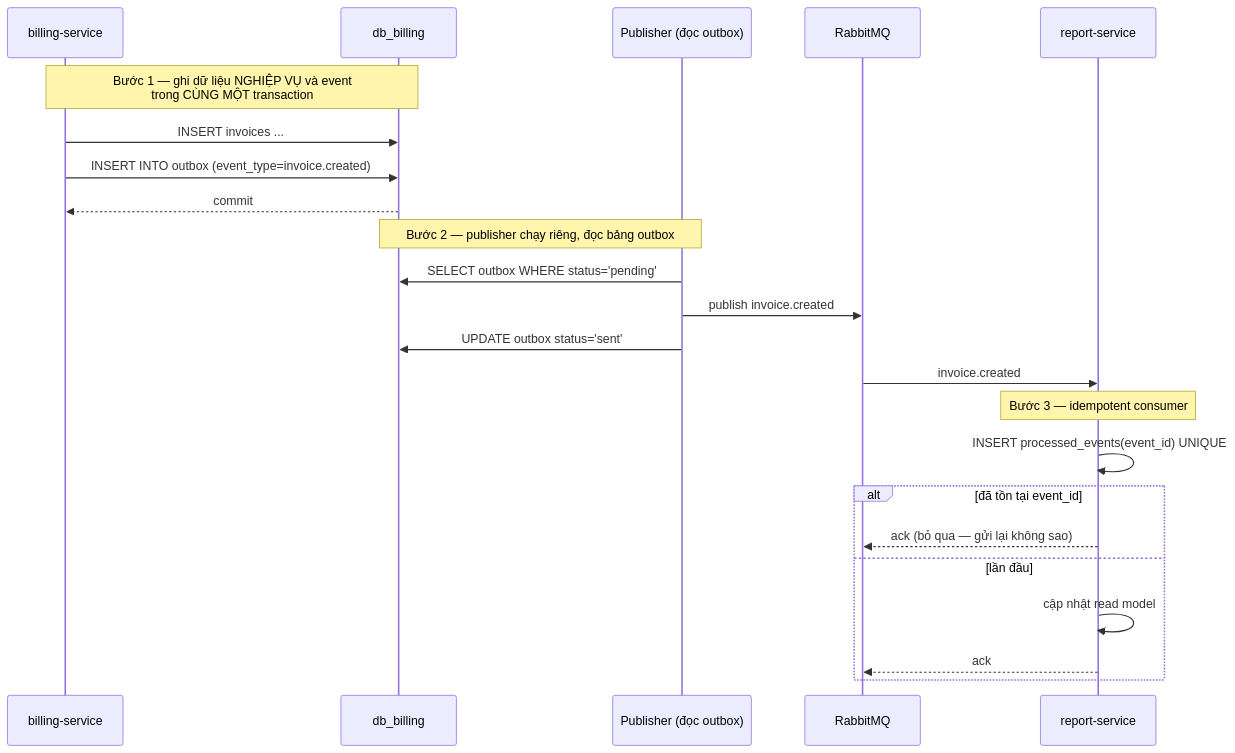
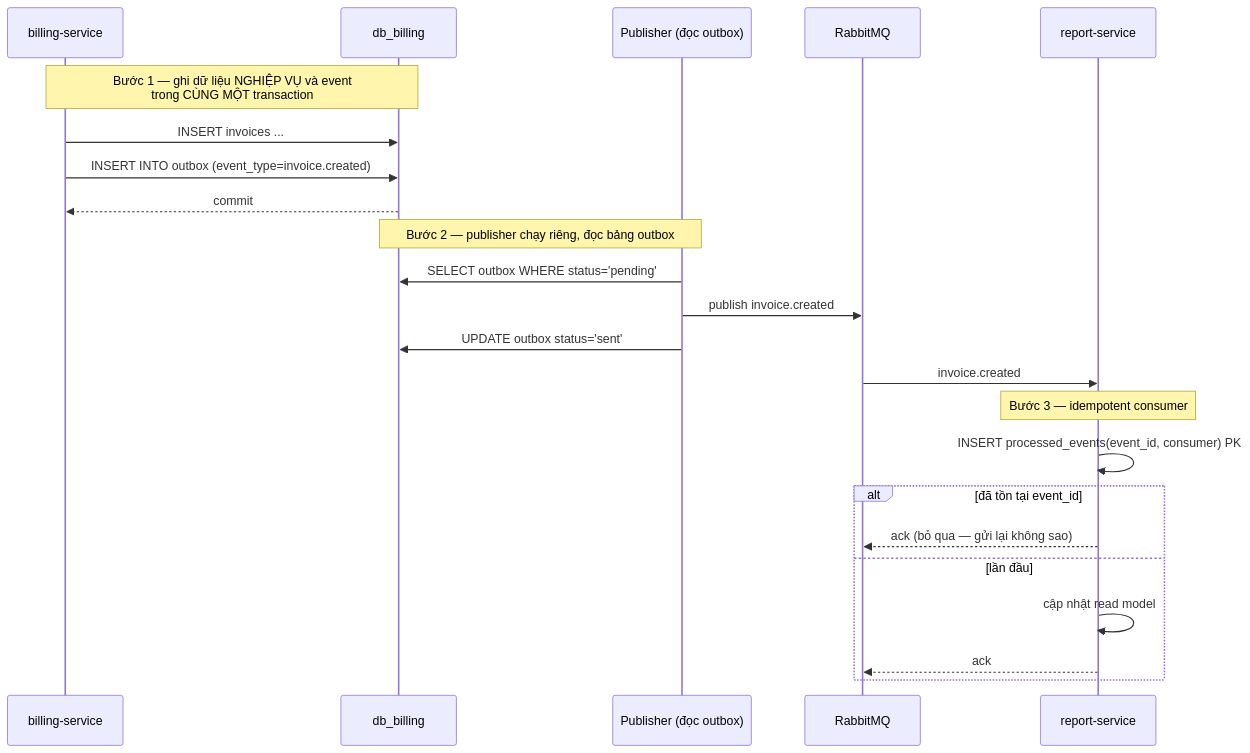
One commit to hhhhhsaas/dtdm changed the second of 2 diagrams in docs/11-tong-quan-cho-nguoi-huong-dan.md. Above: the diagram before and after it, drawn with Mermaid. The commit also changed other lines of this file and 1 other file, not shown here.

````diff
--- a/docs/11-tong-quan-cho-nguoi-huong-dan.md
+++ b/docs/11-tong-quan-cho-nguoi-huong-dan.md
@@ -155,28 +156,28 @@
 ```mermaid
 sequenceDiagram
     participant B as billing-service
     participant DB as db_billing
     participant P as Publisher (đọc outbox)
     participant Q as RabbitMQ
     participant R as report-service
 
     Note over B,DB: Bước 1 — ghi dữ liệu NGHIỆP VỤ và event<br/>trong CÙNG MỘT transaction
     B->>DB: INSERT invoices ...
     B->>DB: INSERT INTO outbox (event_type=invoice.created)
     DB-->>B: commit
 
     Note over P,DB: Bước 2 — publisher chạy riêng, đọc bảng outbox
     P->>DB: SELECT outbox WHERE status='pending'
     P->>Q: publish invoice.created
     P->>DB: UPDATE outbox status='sent'
 
     Q->>R: invoice.created
     Note over R: Bước 3 — idempotent consumer
-    R->>R: INSERT processed_events(event_id) UNIQUE
+    R->>R: INSERT processed_events(event_id, consumer) PK
     alt đã tồn tại event_id
         R-->>Q: ack (bỏ qua — gửi lại không sao)
     else lần đầu
         R->>R: cập nhật read model
         R-->>Q: ack
     end
 ```
````
